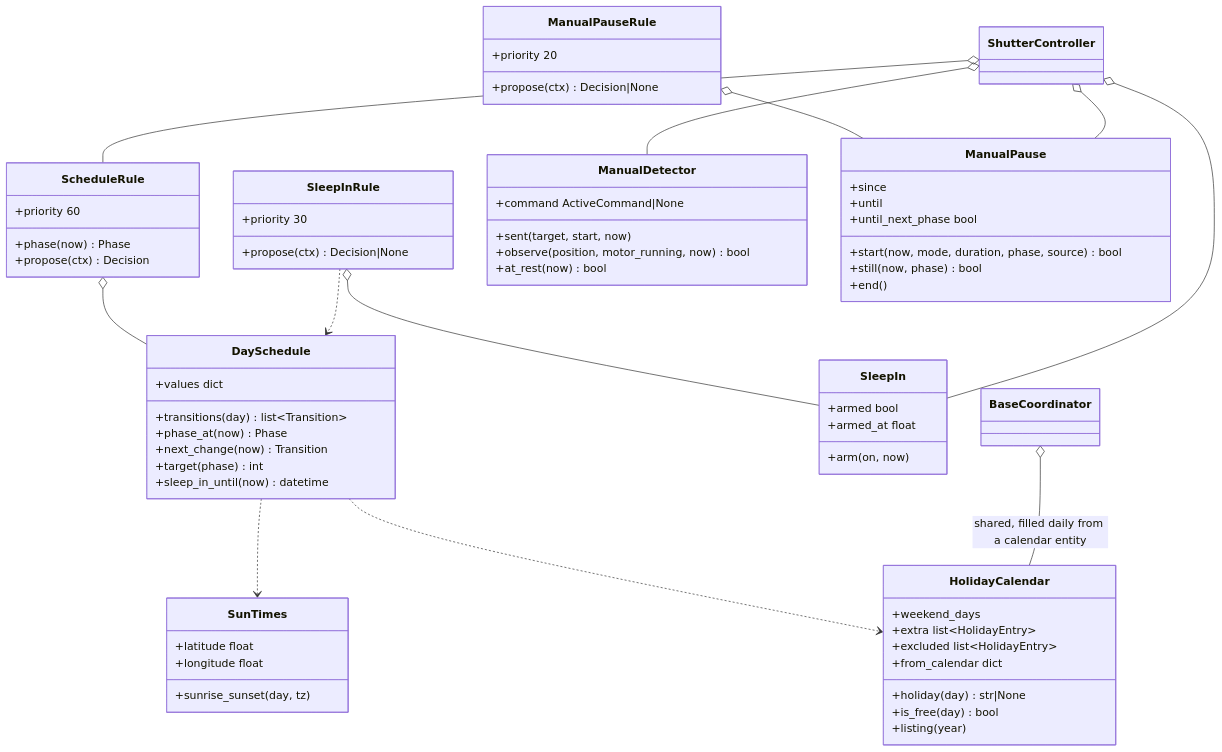
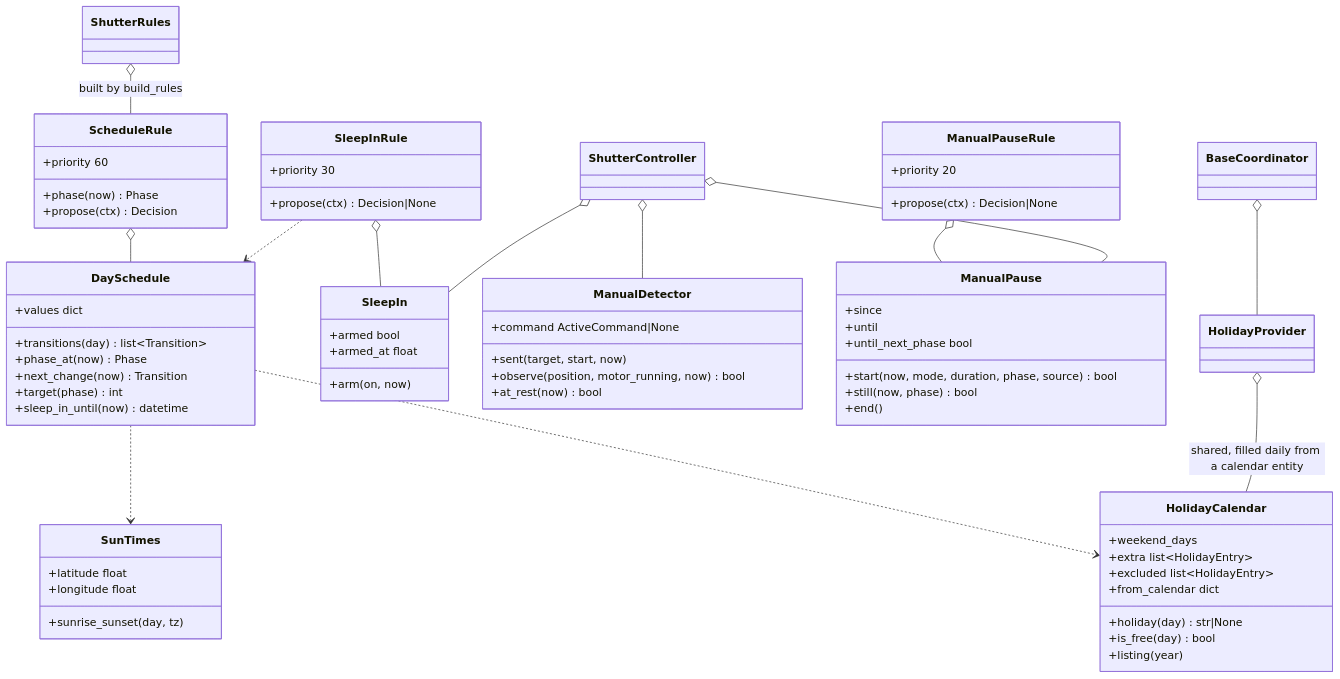
One commit to abroeders/smart-shutter-control changed diagram 14 of 46 in docs/architecture.md. Above: the diagram before and after it, drawn with Mermaid. The commit also changed other lines of this file and 35 other files, not shown here.

````diff
--- a/docs/architecture.md
+++ b/docs/architecture.md
@@ -561,69 +564,70 @@
 ```mermaid
 classDiagram
     direction TB
     class DaySchedule {
         +values dict
         +transitions(day) list~Transition~
         +phase_at(now) Phase
         +next_change(now) Transition
         +target(phase) int
         +sleep_in_until(now) datetime
     }
     class SunTimes {
         +latitude float
         +longitude float
         +sunrise_sunset(day, tz)
     }
     class HolidayCalendar {
         +weekend_days
         +extra list~HolidayEntry~
         +excluded list~HolidayEntry~
         +from_calendar dict
         +holiday(day) str|None
         +is_free(day) bool
         +listing(year)
     }
     class ScheduleRule {
         +priority 60
         +phase(now) Phase
         +propose(ctx) Decision
     }
     class SleepIn {
         +armed bool
         +armed_at float
         +arm(on, now)
     }
     class SleepInRule {
         +priority 30
         +propose(ctx) Decision|None
     }
     class ManualDetector {
         +command ActiveCommand|None
         +sent(target, start, now)
         +observe(position, motor_running, now) bool
         +at_rest(now) bool
     }
     class ManualPause {
         +since
         +until
         +until_next_phase bool
         +start(now, mode, duration, phase, source) bool
         +still(now, phase) bool
         +end()
     }
     class ManualPauseRule {
         +priority 20
         +propose(ctx) Decision|None
     }
     DaySchedule ..> SunTimes
     DaySchedule ..> HolidayCalendar
     ScheduleRule o-- DaySchedule
     SleepInRule o-- SleepIn
     SleepInRule ..> DaySchedule
     ManualPauseRule o-- ManualPause
     ShutterController o-- ManualDetector
     ShutterController o-- ManualPause
-    ShutterController o-- ScheduleRule
+    ShutterRules o-- ScheduleRule : built by build_rules
     ShutterController o-- SleepIn
-    BaseCoordinator o-- HolidayCalendar : shared, filled daily from a calendar entity
+    HolidayProvider o-- HolidayCalendar : shared, filled daily from a calendar entity
+    BaseCoordinator o-- HolidayProvider
 ```
````
